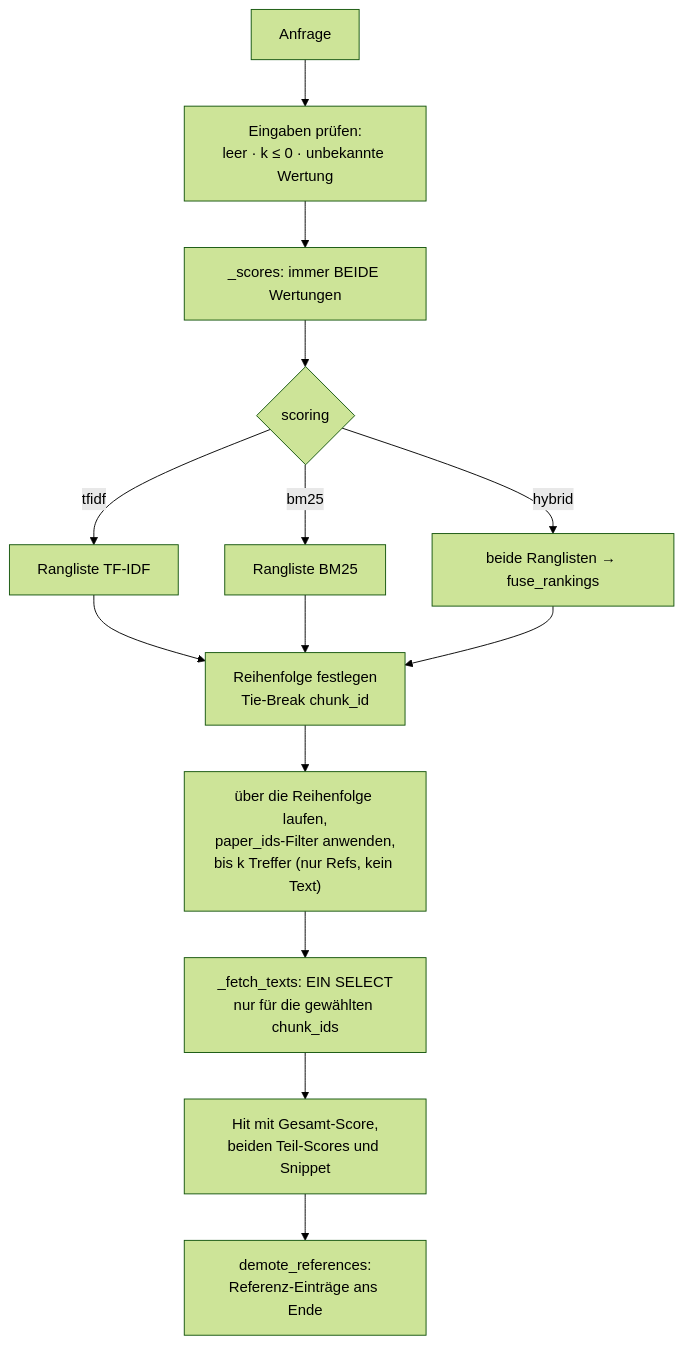
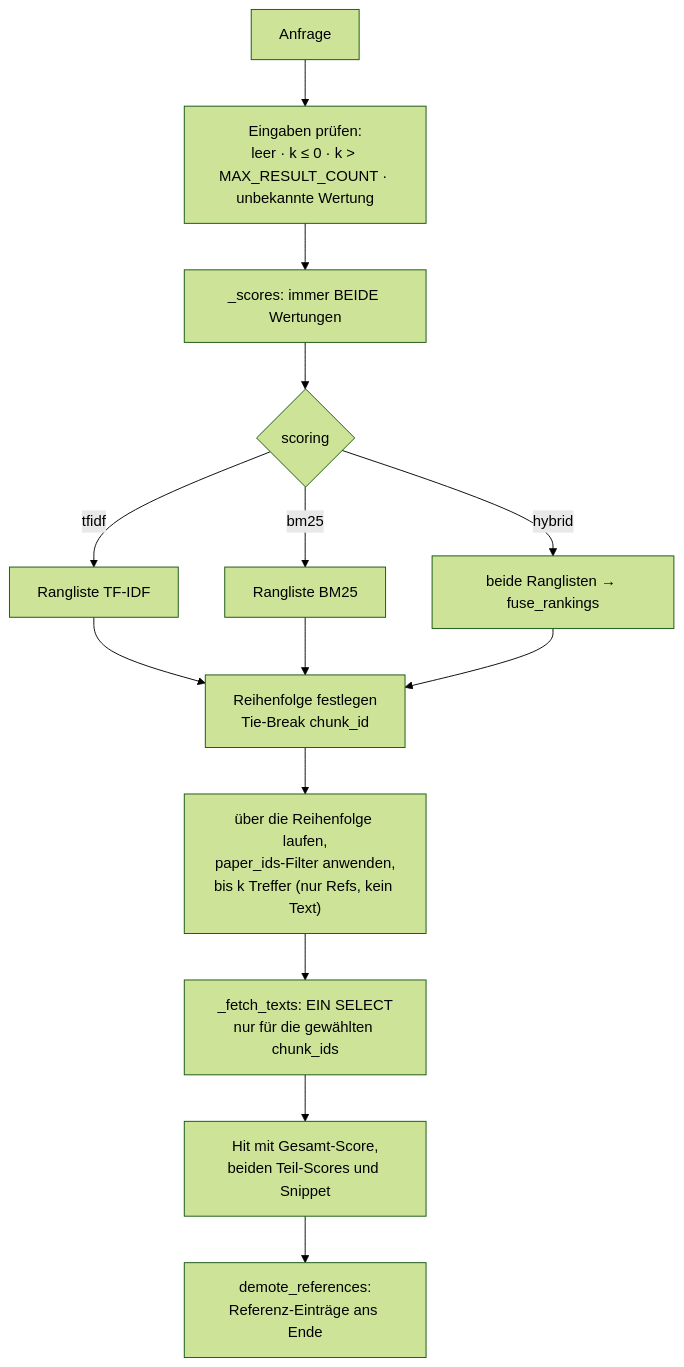
The third of 4 diagrams in src/research_graphrag/indexing/doc/tfidf_index.md (MomoEngineer/research-graphrag), drawn with Mermaid (forest theme) before and after one commit. The commit also changed other lines of this file and 34 other files, not shown here.

````diff
--- a/src/research_graphrag/indexing/doc/tfidf_index.md
+++ b/src/research_graphrag/indexing/doc/tfidf_index.md
@@ -101,16 +101,16 @@
 ```mermaid
 flowchart TD
-    Q["Anfrage"] --> V["Eingaben prüfen:<br/>leer · k ≤ 0 · unbekannte Wertung"]
+    Q["Anfrage"] --> V["Eingaben prüfen:<br/>leer · k ≤ 0 · k > MAX_RESULT_COUNT · unbekannte Wertung"]
     V --> S["_scores: immer BEIDE Wertungen"]
     S --> M{"scoring"}
     M -- tfidf --> R1["Rangliste TF-IDF"]
     M -- bm25 --> R2["Rangliste BM25"]
     M -- hybrid --> R3["beide Ranglisten → fuse_rankings"]
     R1 --> O["Reihenfolge festlegen<br/>Tie-Break chunk_id"]
     R2 --> O
     R3 --> O
     O --> P["über die Reihenfolge laufen,<br/>paper_ids-Filter anwenden,<br/>bis k Treffer (nur Refs, kein Text)"]
     P --> TXT["_fetch_texts: EIN SELECT<br/>nur für die gewählten chunk_ids"]
     TXT --> H["Hit mit Gesamt-Score,<br/>beiden Teil-Scores und Snippet"]
     H --> G["demote_references:<br/>Referenz-Einträge ans Ende"]
 ```
````
